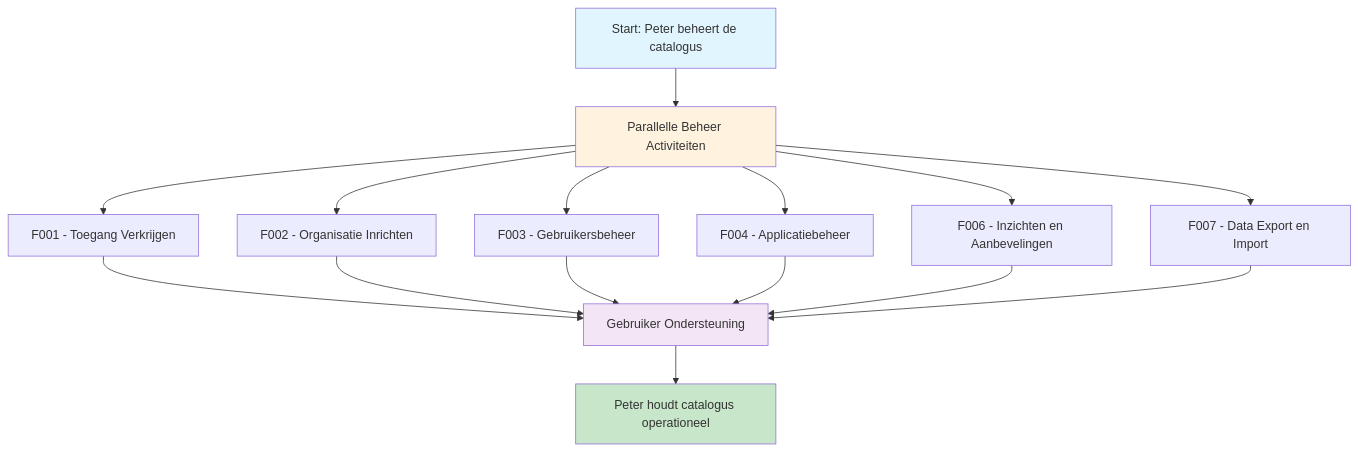
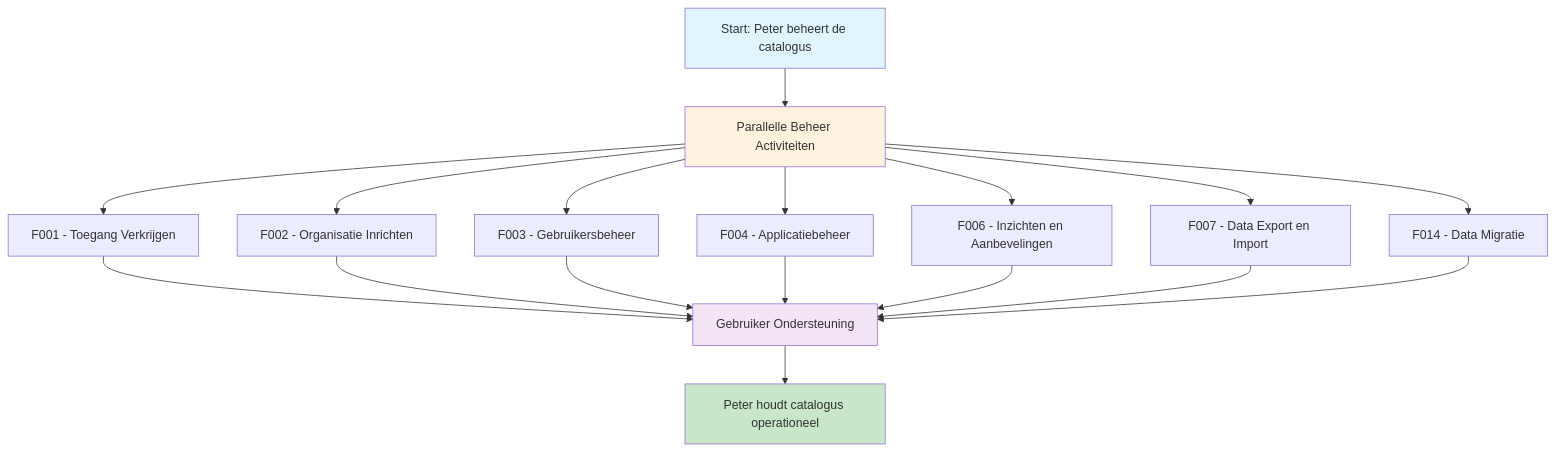
The diagram in website/docs/Klantreizen/klantreis_functioneel_beheer.md (VNG-Realisatie/Softwarecatalogus), drawn with Mermaid before and after one commit. The commit also changed other lines of this file and 2 other files, not shown here.

First line of the commit message:
feat: Add F014 Data Migratie functionality and complete PvE eis coverage

````diff
--- a/website/docs/Klantreizen/klantreis_functioneel_beheer.md
+++ b/website/docs/Klantreizen/klantreis_functioneel_beheer.md
@@ -39,25 +39,27 @@
 ```mermaid
 flowchart TD
     A[Start: Peter beheert de catalogus] --> PARALLEL[Parallelle Beheer Activiteiten]
     
     PARALLEL --> F001[F001 - Toegang Verkrijgen]
     PARALLEL --> F002[F002 - Organisatie Inrichten]
     PARALLEL --> F003[F003 - Gebruikersbeheer]
     PARALLEL --> F004[F004 - Applicatiebeheer]
     PARALLEL --> F006[F006 - Inzichten en Aanbevelingen]
     PARALLEL --> F007[F007 - Data Export en Import]
+    PARALLEL --> F014[F014 - Data Migratie]
     
     F001 --> SUPPORT[Gebruiker Ondersteuning]
     F002 --> SUPPORT
     F003 --> SUPPORT
     F004 --> SUPPORT
     F006 --> SUPPORT
     F007 --> SUPPORT
+    F014 --> SUPPORT
     
     SUPPORT --> END[Peter houdt catalogus operationeel]
     
     style A fill:#e1f5fe
     style END fill:#c8e6c9
     style PARALLEL fill:#fff3e0
     style SUPPORT fill:#f3e5f5
 ```
````
